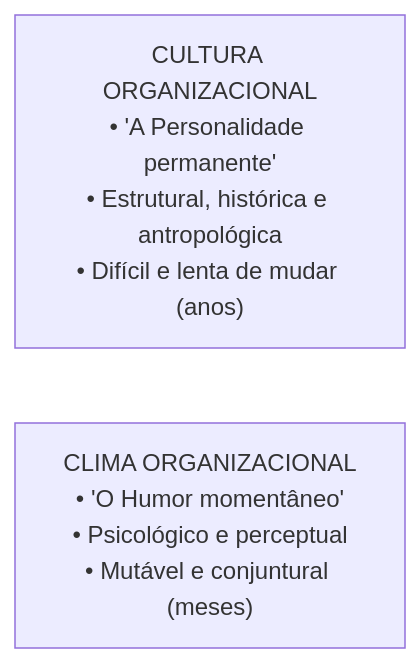
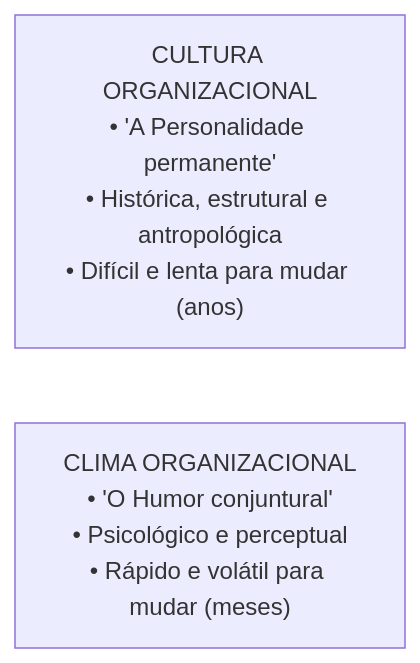
The fifth of 6 diagrams in fontes_de_estudo/conhecimentos_especificos_a01_tecnico_administrativo/24_comportamento_organizacional/03_conflito_negociacao_cultura_clima_e_desenvolvimento_organizacional.md (thiagosantos346/TCE-GO-2027), drawn with Mermaid before and after one commit. The commit also changed other lines of this file and 119 other files, not shown here.

````diff
--- a/fontes_de_estudo/conhecimentos_especificos_a01_tecnico_administrativo/24_comportamento_organizacional/03_conflito_negociacao_cultura_clima_e_desenvolvimento_organizacional.md
+++ b/fontes_de_estudo/conhecimentos_especificos_a01_tecnico_administrativo/24_comportamento_organizacional/03_conflito_negociacao_cultura_clima_e_desenvolvimento_organizacional.md
@@ -158,6 +142,6 @@
 ```mermaid
 flowchart LR
-    Cultura["CULTURA ORGANIZACIONAL<br/>• 'A Personalidade permanente'<br/>• Estrutural, histórica e antropológica<br/>• Difícil e lenta de mudar (anos)"]
+    Cultura["CULTURA ORGANIZACIONAL<br/>• 'A Personalidade permanente'<br/>• Histórica, estrutural e antropológica<br/>• Difícil e lenta para mudar (anos)"]
     
-    Clima["CLIMA ORGANIZACIONAL<br/>• 'O Humor momentâneo'<br/>• Psicológico e perceptual<br/>• Mutável e conjuntural (meses)"]
+    Clima["CLIMA ORGANIZACIONAL<br/>• 'O Humor conjuntural'<br/>• Psicológico e perceptual<br/>• Rápido e volátil para mudar (meses)"]
 ```
````
